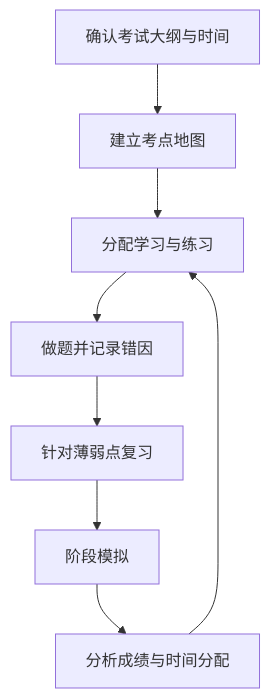
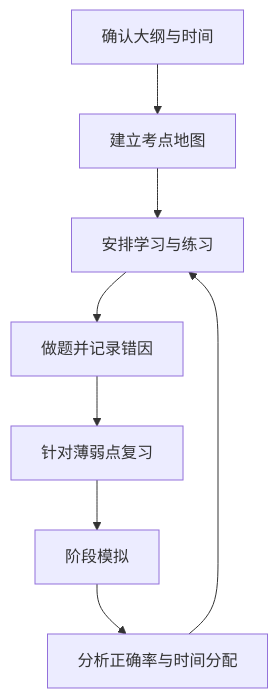
The diagram in pages/考试管理.md (ilikui/Notes), drawn with Mermaid before and after one commit. The commit also changed other lines of this file and 12 other files, not shown here.

````diff
--- a/pages/考试管理.md
+++ b/pages/考试管理.md
@@ -12,10 +12,10 @@
 ```mermaid
 flowchart TD
-    A[确认考试大纲与时间] --> B[建立考点地图]
-    B --> C[分配学习与练习]
+    A[确认大纲与时间] --> B[建立考点地图]
+    B --> C[安排学习与练习]
     C --> D[做题并记录错因]
     D --> E[针对薄弱点复习]
     E --> F[阶段模拟]
-    F --> G[分析成绩与时间分配]
+    F --> G[分析正确率与时间分配]
     G --> C
 ```
````
